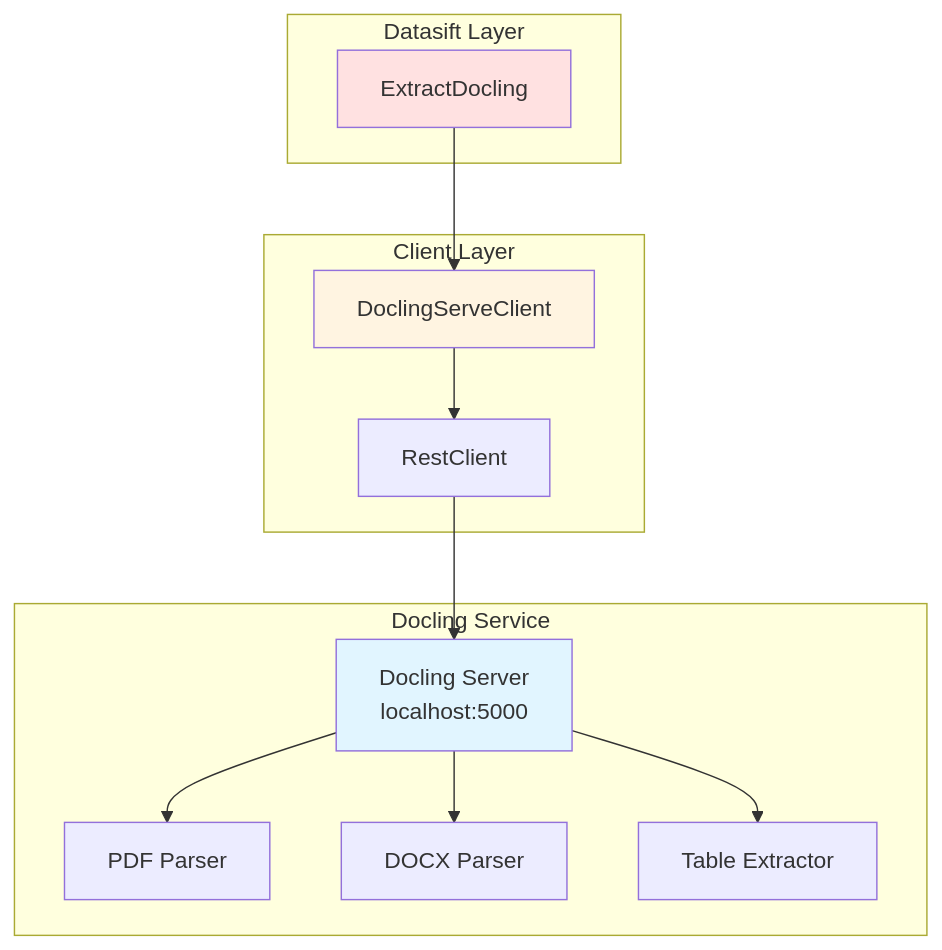
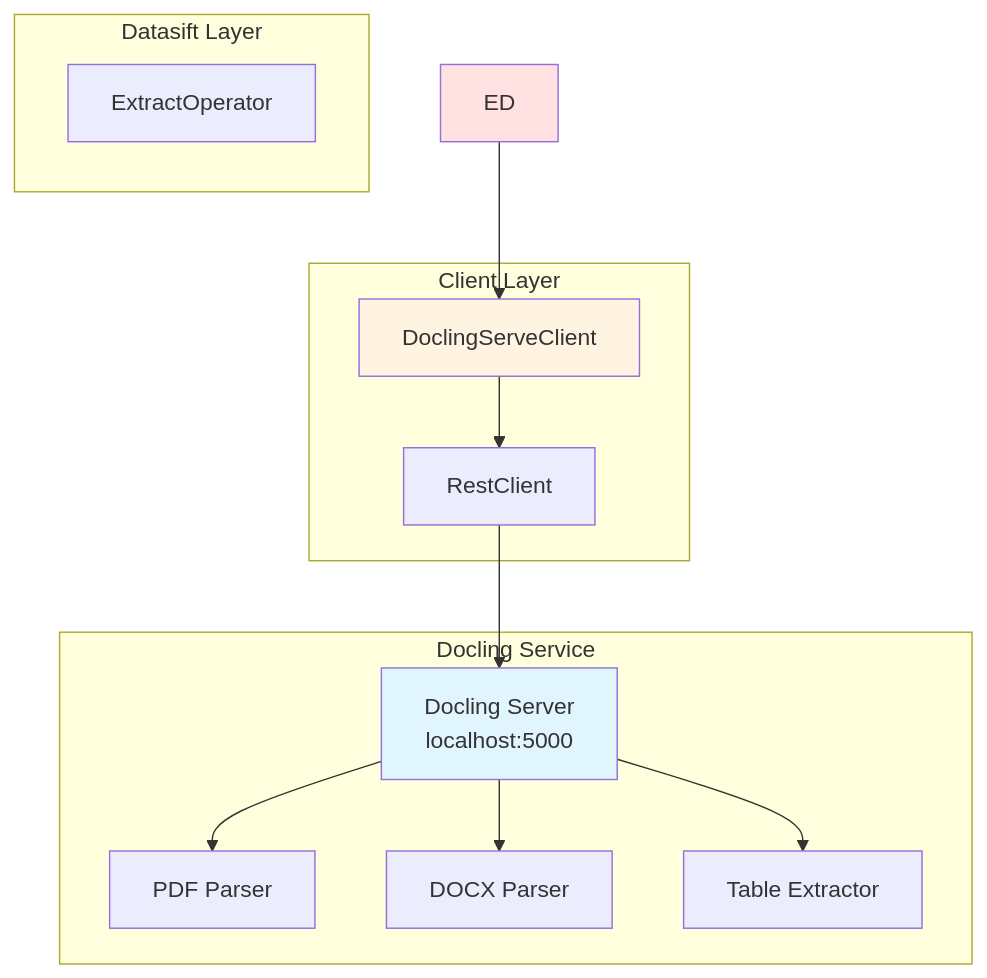
Before and after one commit to anupvarma007-ui/datasift-opensource: diagram 15 of 27 in ARCHITECTURE.md, drawn with Mermaid. The commit also changed other lines of this file and 20 other files, not shown here.

First line of the commit message:
Add LiteLLM support for entity extraction in ExtractOperator (#257)

````diff
--- a/ARCHITECTURE.md
+++ b/ARCHITECTURE.md
@@ -1161,29 +1160,29 @@
 ```mermaid
 graph TB
     subgraph "Datasift Layer"
-        ED[ExtractDocling]
+        EXT[ExtractOperator]
     end
 
     subgraph "Client Layer"
         DC[DoclingServeClient]
         RC[RestClient]
     end
 
     subgraph "Docling Service"
         DS[Docling Server<br/>localhost:5000]
         PDF[PDF Parser]
         DOCX[DOCX Parser]
         TABLE[Table Extractor]
     end
 
     ED --> DC
     DC --> RC
     RC --> DS
     DS --> PDF
     DS --> DOCX
     DS --> TABLE
 
     style ED fill:#ffe1e1
     style DC fill:#fff4e1
     style DS fill:#e1f5ff
 ```
````
